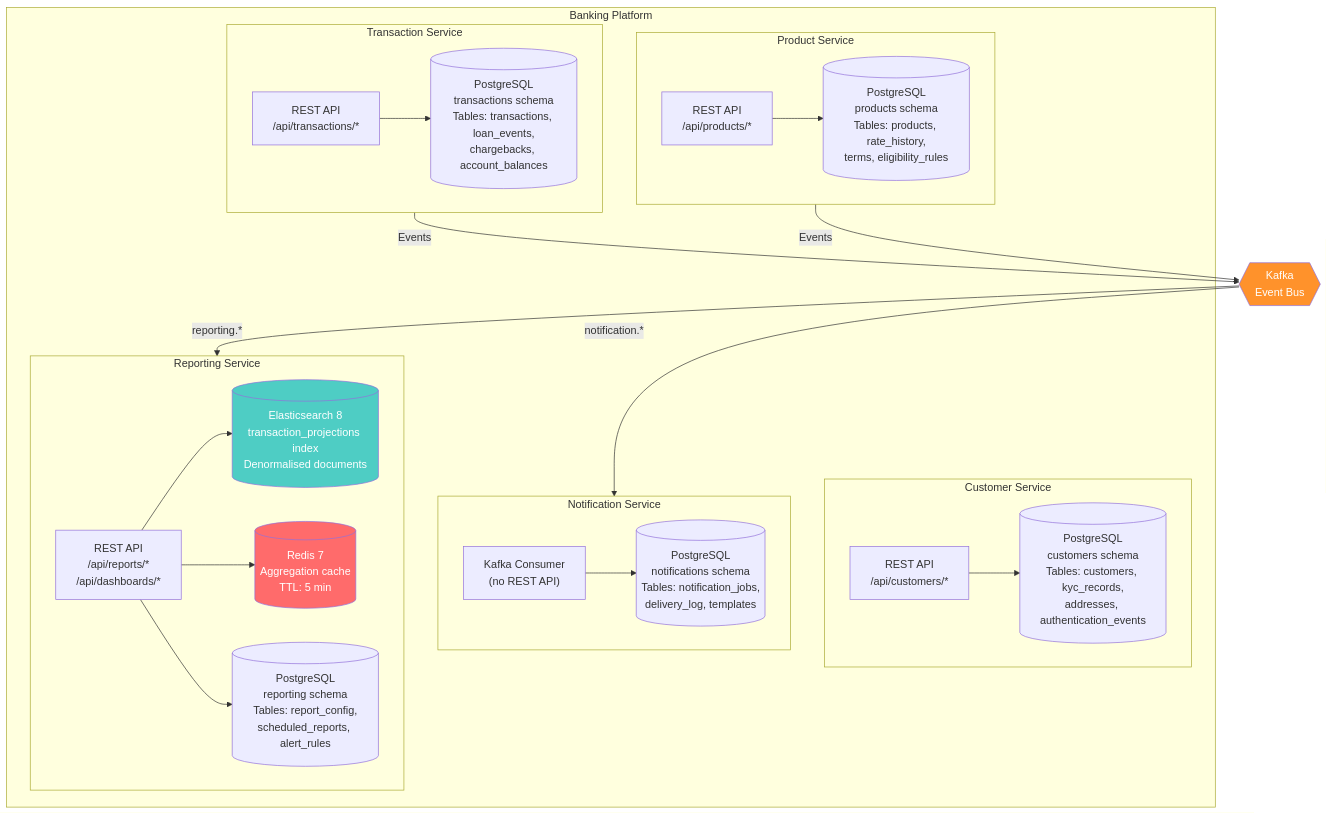
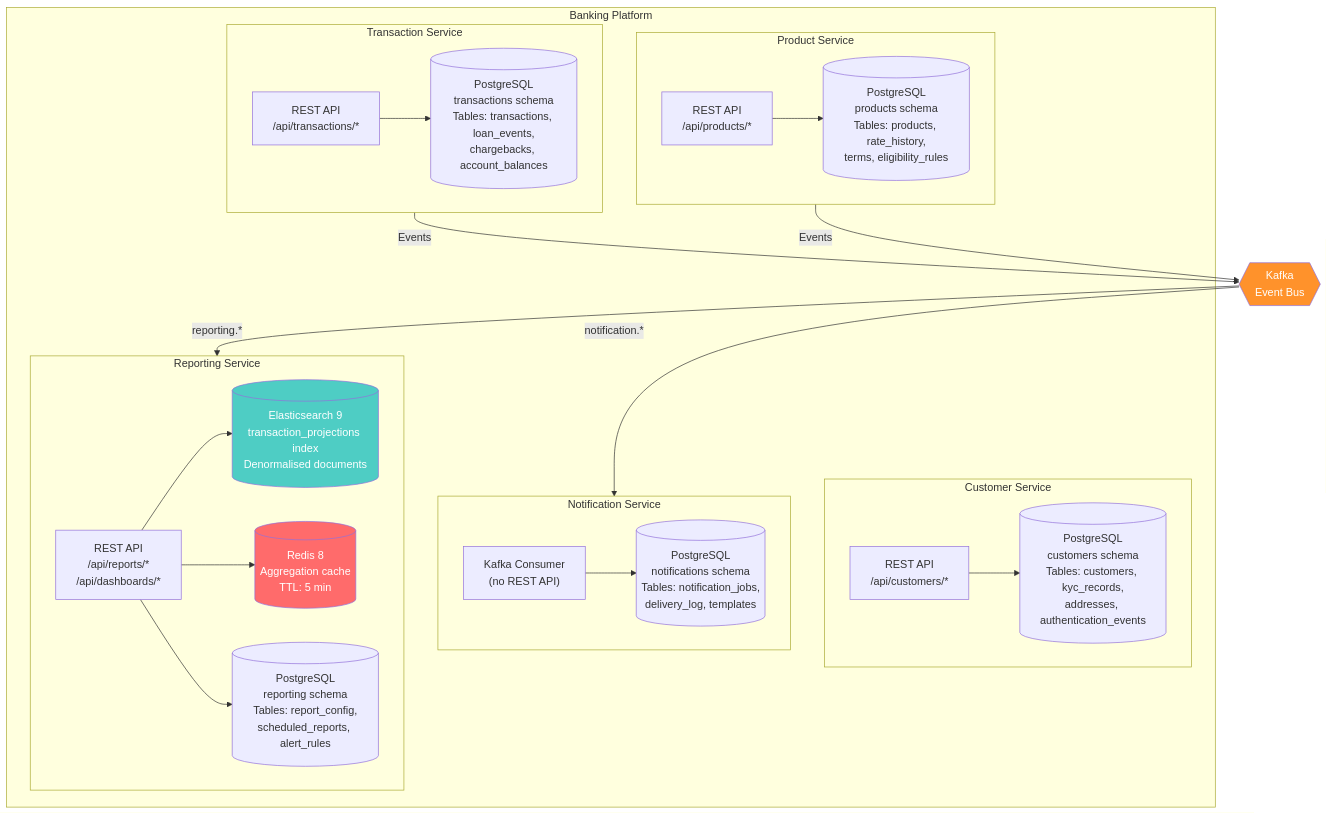
One commit to makeitfine-org/reporting changed diagram 12 of 13 in architecture of all.md. Above: the diagram before and after it, drawn with Mermaid. The commit also changed other lines of this file and 1 other file, not shown here.

````diff
--- a/architecture of all.md
+++ b/architecture of all.md
@@ -897,50 +897,50 @@
 ```mermaid
 graph TB
     subgraph Banking Platform
         subgraph CustomerSvc["Customer Service"]
             CustAPI["REST API\n/api/customers/*"]
             CustDB[("PostgreSQL\ncustomers schema\nTables: customers, kyc_records,\naddresses, authentication_events")]
         end
 
         subgraph TxSvc["Transaction Service"]
             TxAPI["REST API\n/api/transactions/*"]
             TxDB[("PostgreSQL\ntransactions schema\nTables: transactions, loan_events,\nchargebacks, account_balances")]
         end
 
         subgraph ProdSvc["Product Service"]
             ProdAPI["REST API\n/api/products/*"]
             ProdDB[("PostgreSQL\nproducts schema\nTables: products, rate_history,\nterms, eligibility_rules")]
         end
 
         subgraph NotifSvc["Notification Service"]
             NotifWorker["Kafka Consumer\n(no REST API)"]
             NotifDB[("PostgreSQL\nnotifications schema\nTables: notification_jobs,\ndelivery_log, templates")]
         end
 
         subgraph RptSvc["Reporting Service"]
             RptAPI["REST API\n/api/reports/*\n/api/dashboards/*"]
-            ES[("Elasticsearch 8\ntransaction_projections index\nDenormalised documents")]
-            Redis[("Redis 7\nAggregation cache\nTTL: 5 min")]
+            ES[("Elasticsearch 9\ntransaction_projections index\nDenormalised documents")]
+            Redis[("Redis 8\nAggregation cache\nTTL: 5 min")]
             RptPG[("PostgreSQL\nreporting schema\nTables: report_config,\nscheduled_reports, alert_rules")]
         end
     end
 
     Kafka{{"Kafka\nEvent Bus"}}
 
     TxSvc -->|"Events"| Kafka
     ProdSvc -->|"Events"| Kafka
     Kafka -->|"reporting.*"| RptSvc
     Kafka -->|"notification.*"| NotifSvc
 
     CustAPI --> CustDB
     TxAPI --> TxDB
     ProdAPI --> ProdDB
     NotifWorker --> NotifDB
     RptAPI --> ES
     RptAPI --> Redis
     RptAPI --> RptPG
 
     style ES fill:#4ecdc4,color:#fff
     style Redis fill:#ff6b6b,color:#fff
     style Kafka fill:#ff922b,color:#fff
 ```
````
